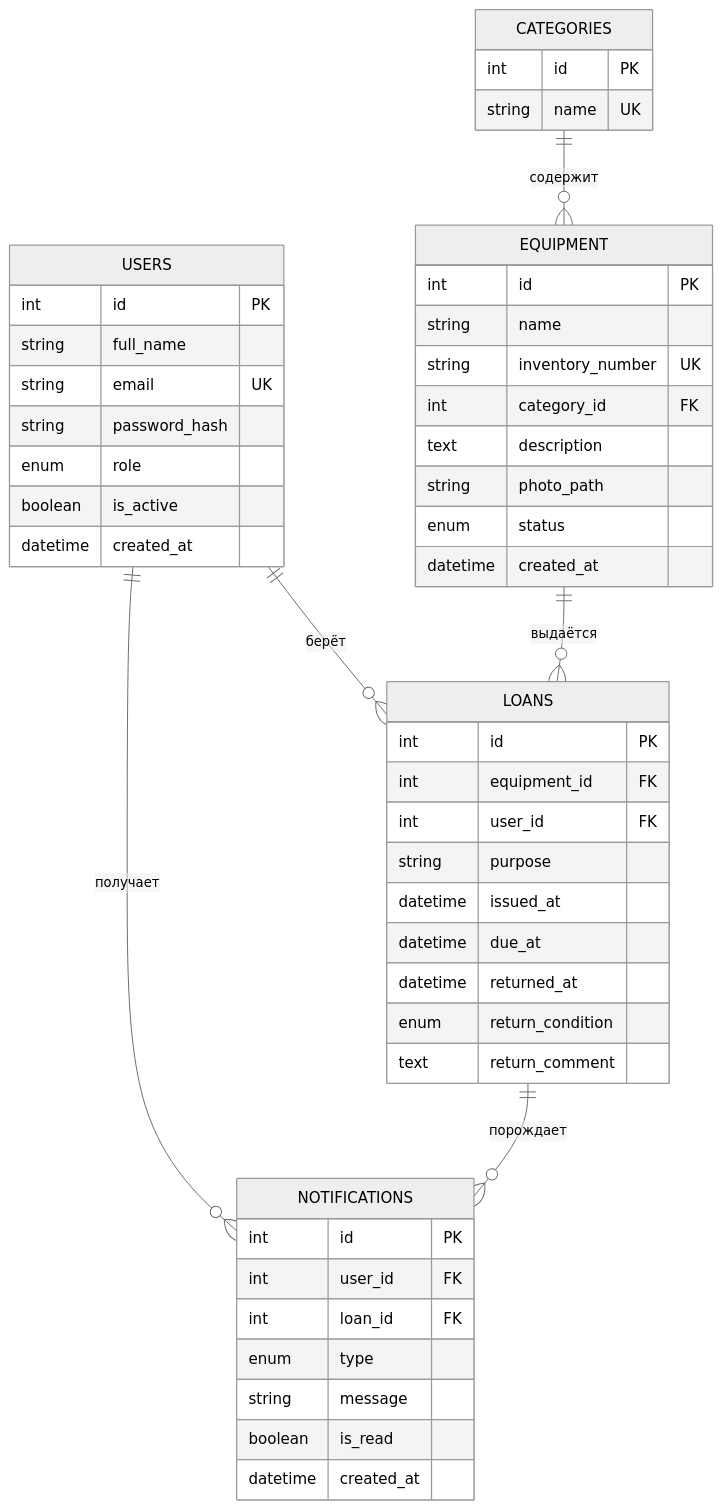
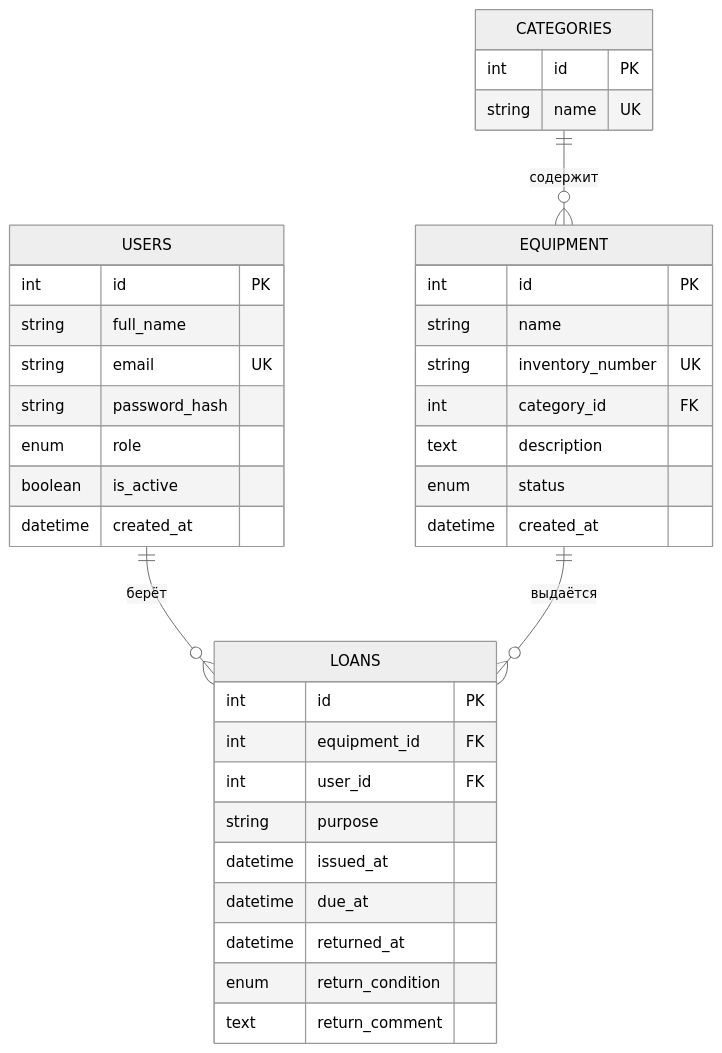
The first of 2 diagrams in docs/architecture.md (arvixhaku/CASE), drawn with Mermaid (neutral theme) before and after one commit. The commit also changed other lines of this file, not shown here.

````diff
--- a/docs/architecture.md
+++ b/docs/architecture.md
@@ -182,52 +170,40 @@
 ```mermaid
 erDiagram
     USERS ||--o{ LOANS : "берёт"
     EQUIPMENT ||--o{ LOANS : "выдаётся"
     CATEGORIES ||--o{ EQUIPMENT : "содержит"
-    USERS ||--o{ NOTIFICATIONS : "получает"
-    LOANS ||--o{ NOTIFICATIONS : "порождает"
 
     USERS {
         int id PK
         string full_name
         string email UK
         string password_hash
         enum role
         boolean is_active
         datetime created_at
     }
     CATEGORIES {
         int id PK
         string name UK
     }
     EQUIPMENT {
         int id PK
         string name
         string inventory_number UK
         int category_id FK
         text description
-        string photo_path
         enum status
         datetime created_at
     }
     LOANS {
         int id PK
         int equipment_id FK
         int user_id FK
         string purpose
         datetime issued_at
         datetime due_at
         datetime returned_at
         enum return_condition
         text return_comment
     }
-    NOTIFICATIONS {
-        int id PK
-        int user_id FK
-        int loan_id FK
-        enum type
-        string message
-        boolean is_read
-        datetime created_at
-    }
 ```
````
